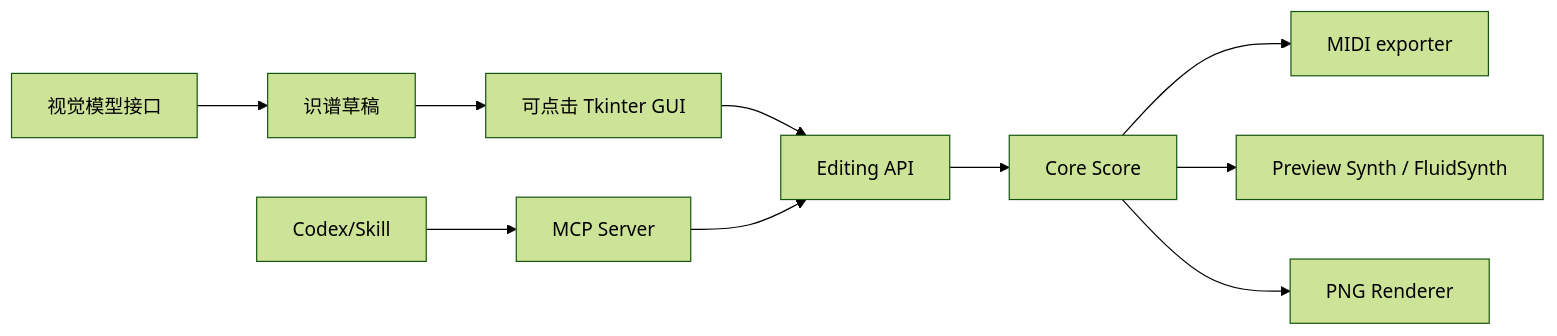
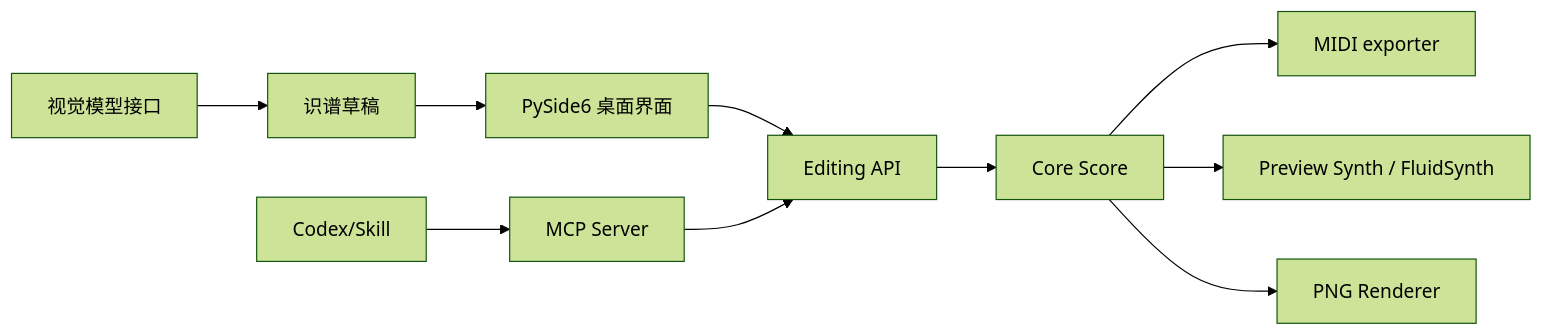
One commit to Peacefuldoge/melody_notation changed the diagram in docs/ARCHITECTURE.md. Above: the diagram before and after it, drawn with Mermaid (forest theme). The commit also changed other lines of this file and 8 other files, not shown here.

````diff
--- a/docs/ARCHITECTURE.md
+++ b/docs/ARCHITECTURE.md
@@ -38,12 +38,12 @@
 ```mermaid
 flowchart LR
     A[Codex/Skill] --> B[MCP Server]
-    C[可点击 Tkinter GUI] --> J[Editing API]
+    C[PySide6 桌面界面] --> J[Editing API]
     J --> D[Core Score]
     B --> J
     E[视觉模型接口] --> F[识谱草稿]
     F --> C
     D --> G[MIDI exporter]
     D --> H[Preview Synth / FluidSynth]
     D --> I[PNG Renderer]
 ```
````
